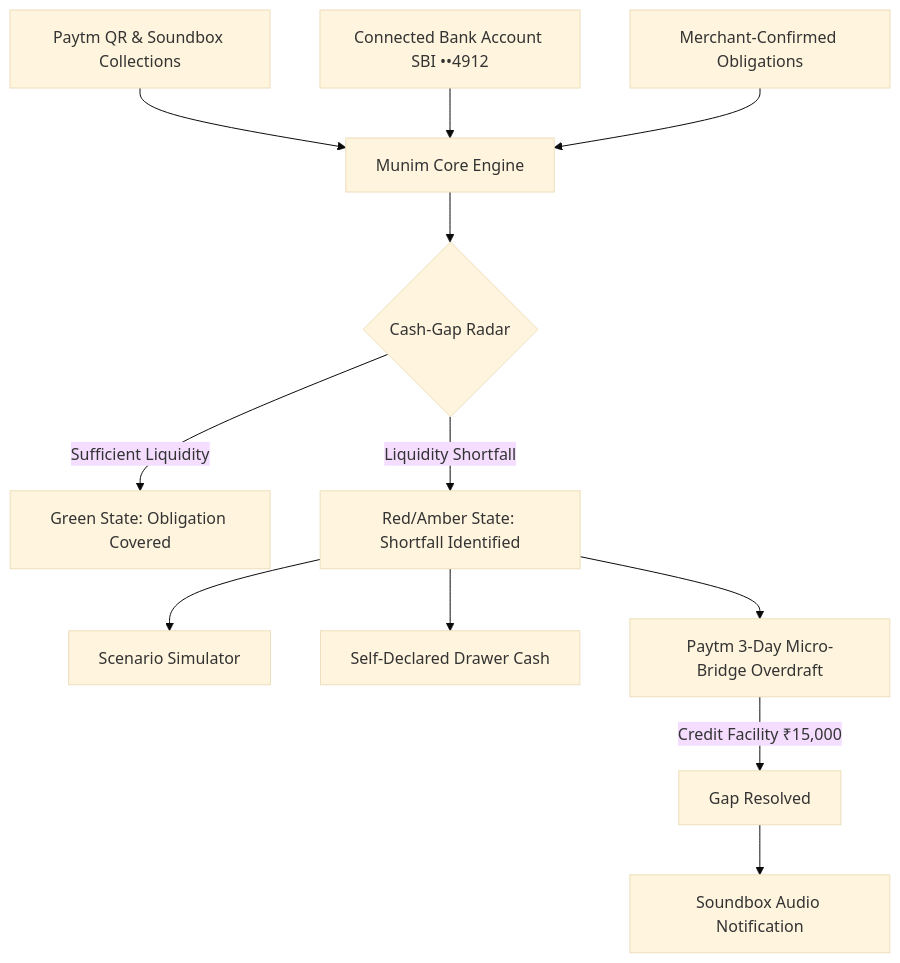
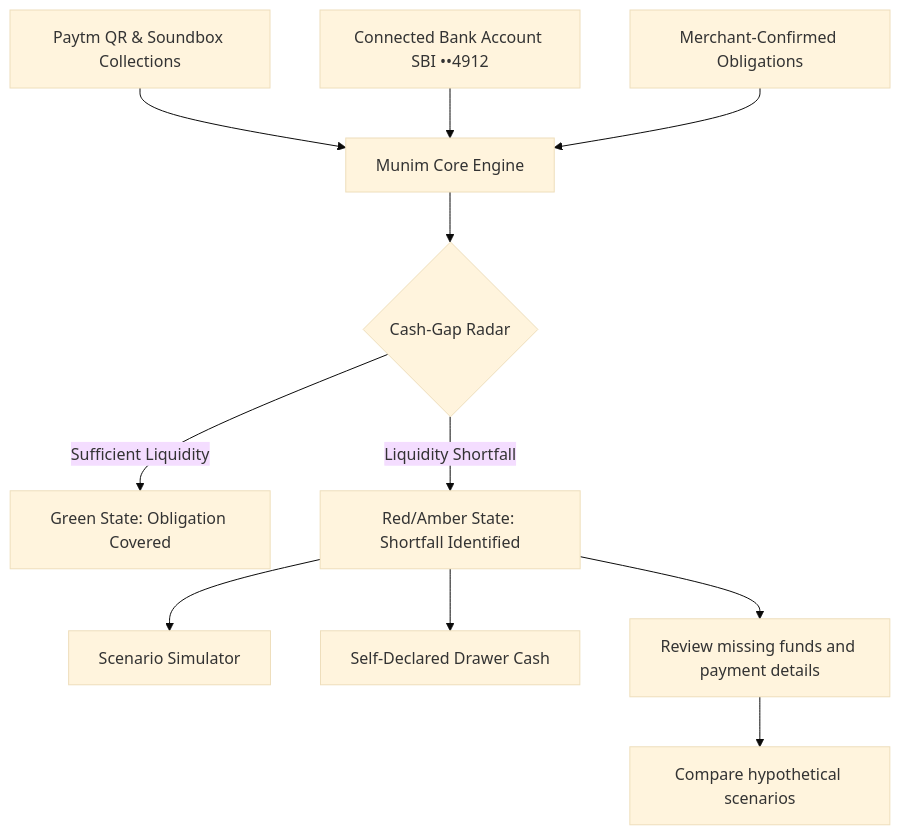
Before and after one commit to krishnaChandak044/paytm-hackaton: the diagram in README.md, drawn with Mermaid (base theme). The commit also changed other lines of this file and 13 other files, not shown here.

````diff
--- a/README.md
+++ b/README.md
@@ -117,17 +117,15 @@
 ```mermaid
 graph TD
     A[Paytm QR & Soundbox Collections] --> D[Munim Core Engine]
     B[Connected Bank Account SBI ••4912] --> D
     C[Merchant-Confirmed Obligations] --> D
     
     D --> E{Cash-Gap Radar}
     E -->|Sufficient Liquidity| F[Green State: Obligation Covered]
     E -->|Liquidity Shortfall| G[Red/Amber State: Shortfall Identified]
     
     G --> H[Scenario Simulator]
     G --> I[Self-Declared Drawer Cash]
-    G --> J[Paytm 3-Day Micro-Bridge Overdraft]
-    
-    J -->|Credit Facility ₹15,000| K[Gap Resolved]
-    K --> L[Soundbox Audio Notification]
+    G --> J[Review missing funds and payment details]
+    J --> K[Compare hypothetical scenarios]
 ```
````
